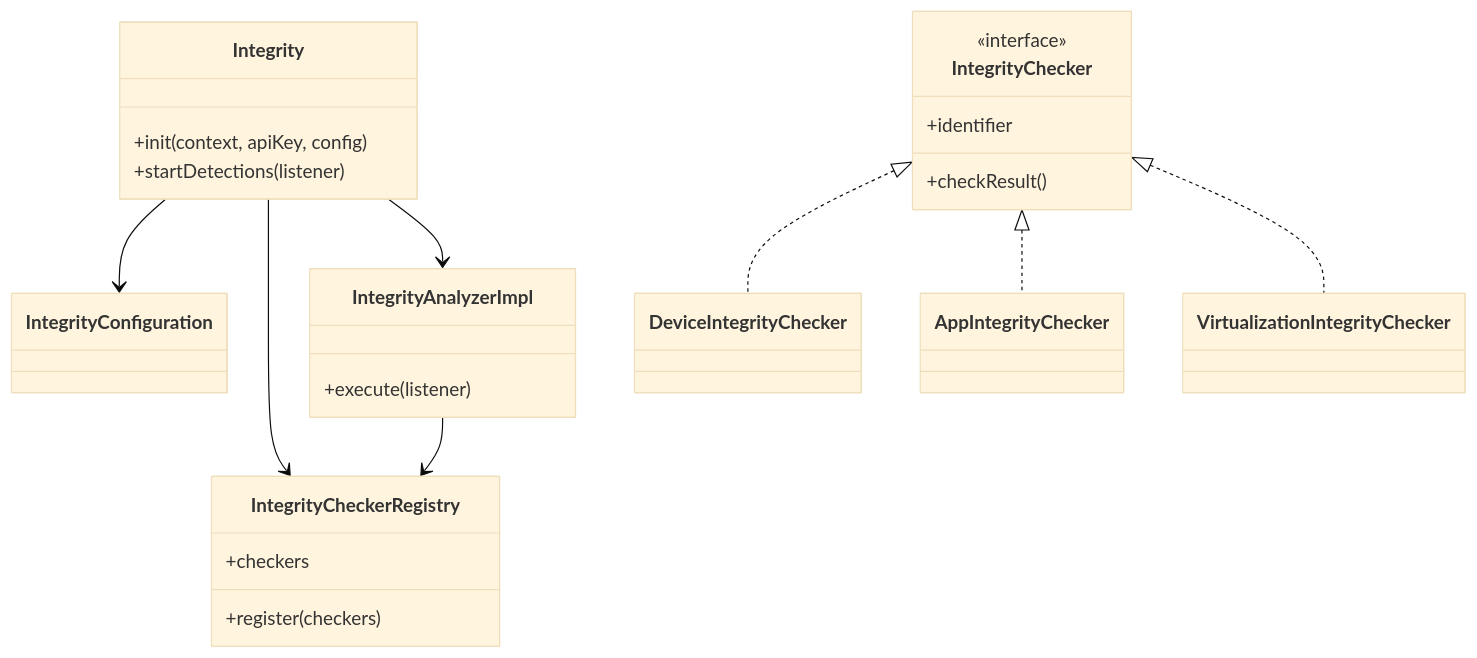
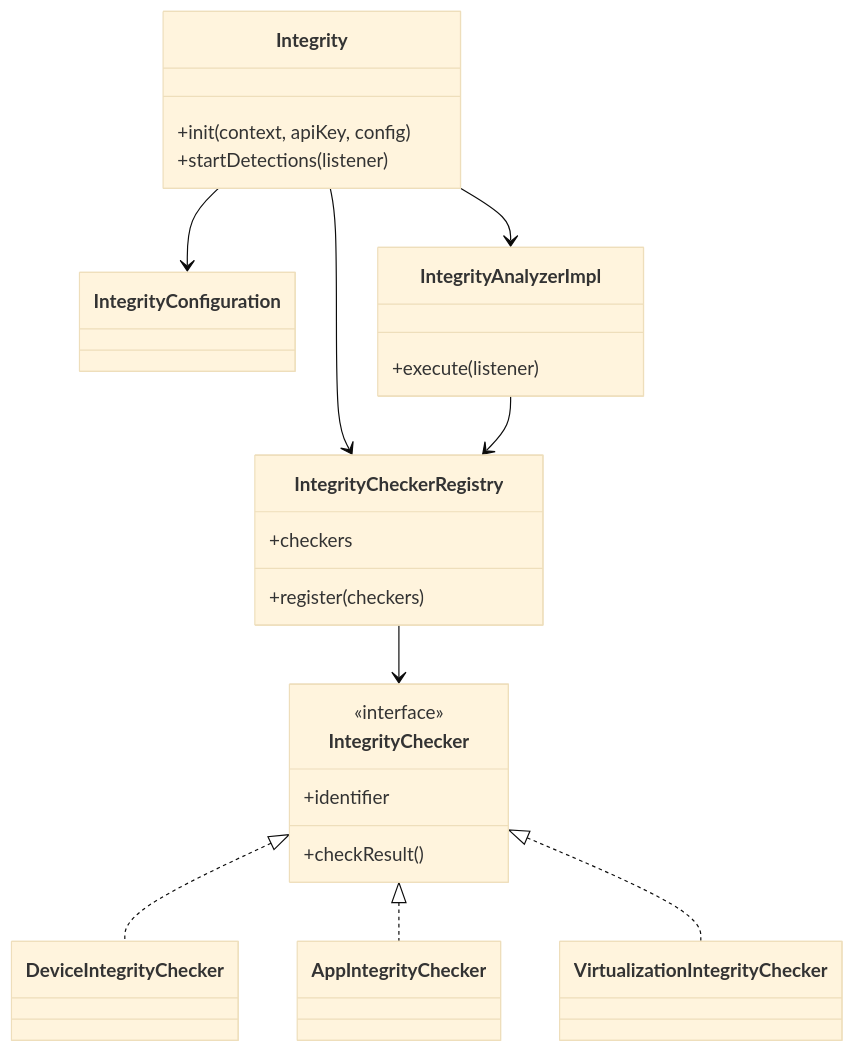
Before and after one commit to msgivaldo/integrity: the first of 3 diagrams in INTERVIEW_PRESENTATION.md, drawn with Mermaid (base theme). The commit also changed other lines of this file, not shown here.

````diff
--- a/INTERVIEW_PRESENTATION.md
+++ b/INTERVIEW_PRESENTATION.md
@@ -30,36 +17,45 @@
 ```mermaid
 classDiagram
+direction TB
     class Integrity {
-      +init(context, apiKey, config)
-      +startDetections(listener)
+	    +init(context, apiKey, config)
+	    +startDetections(listener)
     }
 
-    class IntegrityConfiguration
+    class IntegrityConfiguration {
+    }
+
     class IntegrityCheckerRegistry {
-      +register(checkers)
-      +checkers
+	    +checkers
+	    +register(checkers)
     }
 
     class IntegrityAnalyzerImpl {
-      +execute(listener)
+	    +execute(listener)
     }
 
     class IntegrityChecker {
-      <<interface>>
-      +identifier
-      +checkResult()
+	    +identifier
+	    +checkResult()
     }
 
-    class DeviceIntegrityChecker
-    class AppIntegrityChecker
-    class VirtualizationIntegrityChecker
+    class DeviceIntegrityChecker {
+    }
+
+    class AppIntegrityChecker {
+    }
+
+    class VirtualizationIntegrityChecker {
+    }
+
+	<<interface>> IntegrityChecker
 
     Integrity --> IntegrityConfiguration
     Integrity --> IntegrityCheckerRegistry
     Integrity --> IntegrityAnalyzerImpl
     IntegrityAnalyzerImpl --> IntegrityCheckerRegistry
-
     IntegrityChecker <|.. DeviceIntegrityChecker
     IntegrityChecker <|.. AppIntegrityChecker
     IntegrityChecker <|.. VirtualizationIntegrityChecker
+    IntegrityCheckerRegistry --> IntegrityChecker
 ```
````
